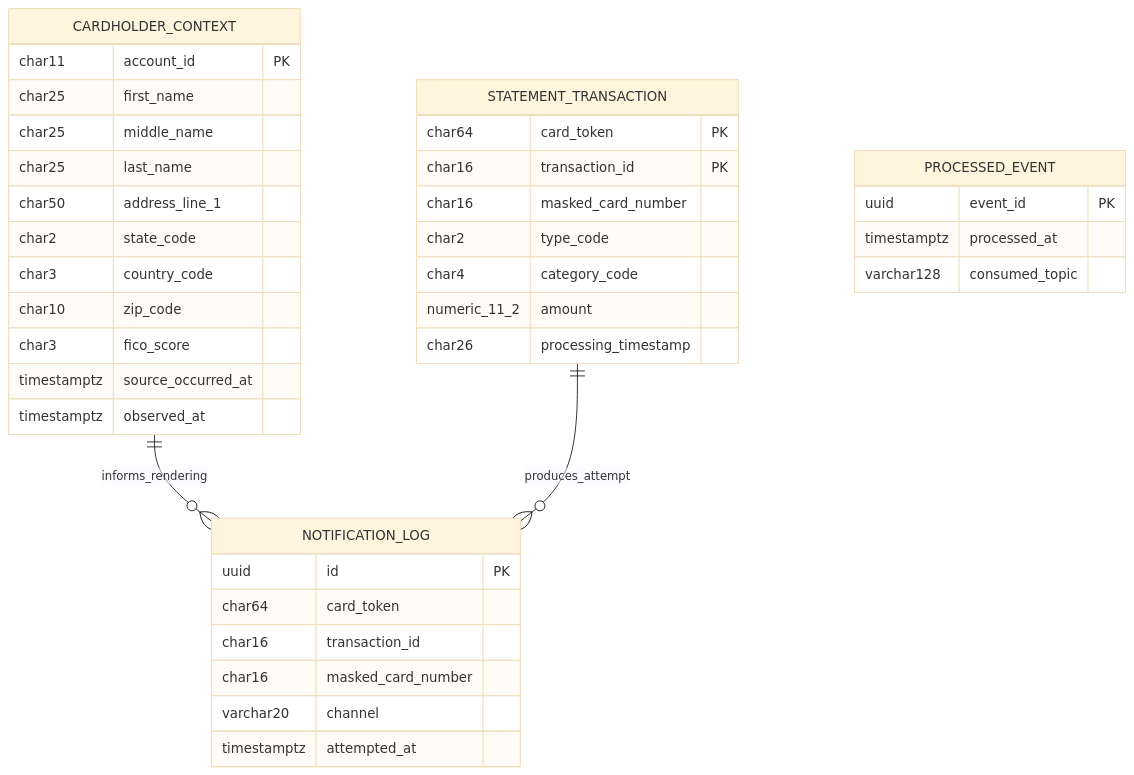
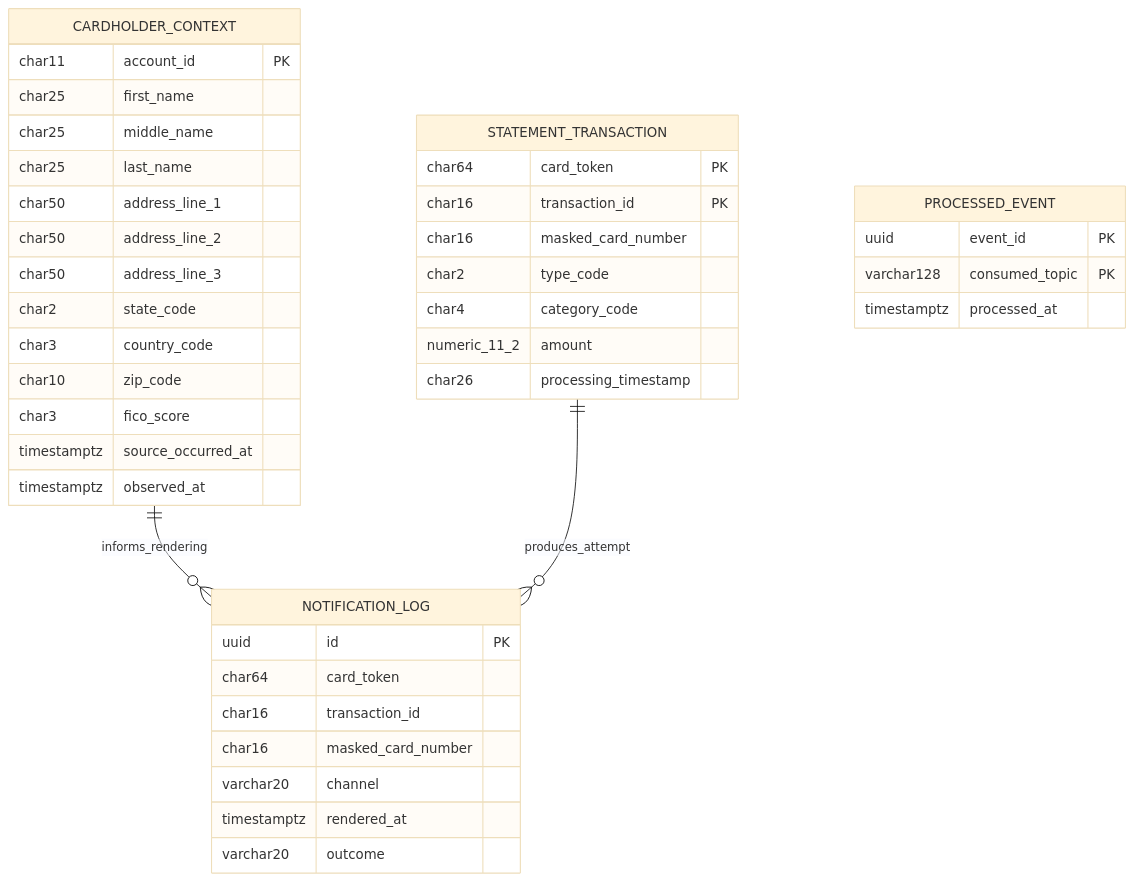
One commit to blitzy-public-samples/aws-carddemo-blitzy changed the fourth of 6 diagrams in card-platform/docs/data-model.md. Above: the diagram before and after it, drawn with Mermaid (base theme). The commit also changed other lines of this file and 540 other files, not shown here.

````diff
--- a/card-platform/docs/data-model.md
+++ b/card-platform/docs/data-model.md
@@ -295,41 +387,44 @@
 ```mermaid
 erDiagram
     STATEMENT_TRANSACTION {
         char64 card_token PK
         char16 transaction_id PK
         char16 masked_card_number
         char2 type_code
         char4 category_code
         numeric_11_2 amount
         char26 processing_timestamp
     }
     CARDHOLDER_CONTEXT {
         char11 account_id PK
         char25 first_name
         char25 middle_name
         char25 last_name
         char50 address_line_1
+        char50 address_line_2
+        char50 address_line_3
         char2 state_code
         char3 country_code
         char10 zip_code
         char3 fico_score
         timestamptz source_occurred_at
         timestamptz observed_at
     }
     NOTIFICATION_LOG {
         uuid id PK
         char64 card_token
         char16 transaction_id
         char16 masked_card_number
         varchar20 channel
-        timestamptz attempted_at
+        timestamptz rendered_at
+        varchar20 outcome
     }
     PROCESSED_EVENT {
         uuid event_id PK
+        varchar128 consumed_topic PK
         timestamptz processed_at
-        varchar128 consumed_topic
     }
 
     CARDHOLDER_CONTEXT ||--o{ NOTIFICATION_LOG : informs_rendering
     STATEMENT_TRANSACTION ||--o{ NOTIFICATION_LOG : produces_attempt
 ```
````
